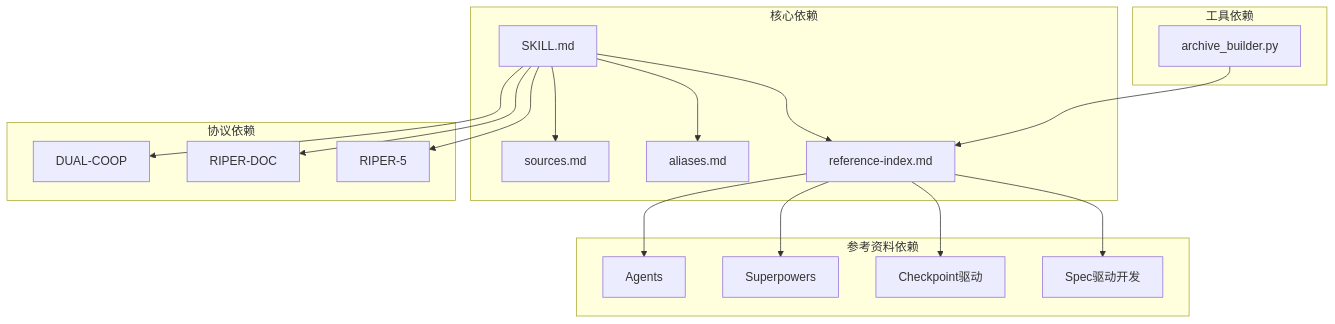
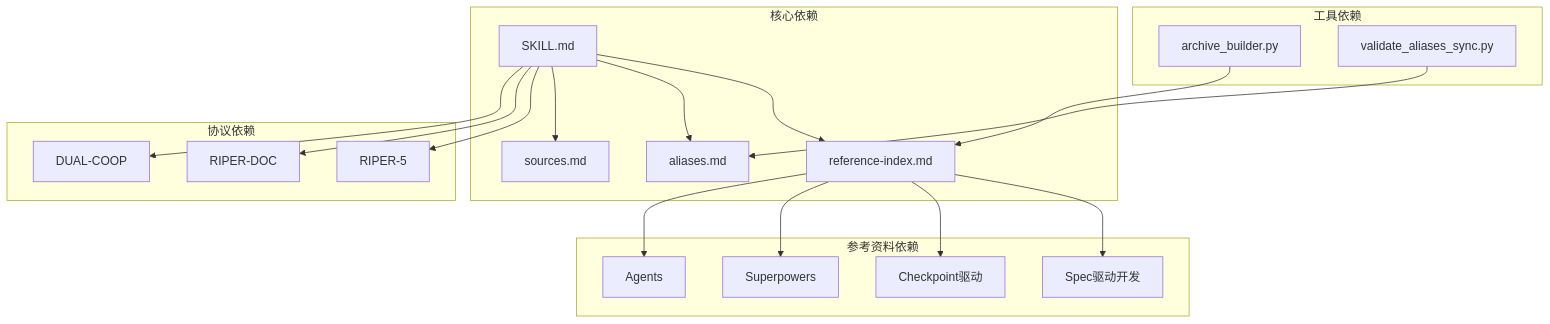
Before and after one commit to AngelWings1997/altas: the sixth of 6 diagrams in .qoder/repowiki/zh/content/Altas Workflow Core/入口来源整合.md, drawn with Mermaid. The commit also changed other lines of this file and 7 other files, not shown here.

````diff
--- a/.qoder/repowiki/zh/content/Altas Workflow Core/入口来源整合.md
+++ b/.qoder/repowiki/zh/content/Altas Workflow Core/入口来源整合.md
@@ -288,34 +312,36 @@
 ```mermaid
 graph TB
 subgraph "核心依赖"
 SKILL[SKILL.md]
 REFIDX[reference-index.md]
 ALIASES[aliases.md]
 SOURCES[sources.md]
 end
 subgraph "协议依赖"
 RIPER5[RIPER-5]
 RIPERDOC[RIPER-DOC]
 DUALCOOP[DUAL-COOP]
 end
 subgraph "参考资料依赖"
 SPECDRIVEN[Spec驱动开发]
 CHECKPOINTDRIVEN[Checkpoint驱动]
 SUPERPOWERS[Superpowers]
 AGENTS[Agents]
 end
 subgraph "工具依赖"
 ARCHIVE[archive_builder.py]
+VALIDATE[validate_aliases_sync.py]
 end
 SKILL --> REFIDX
 SKILL --> ALIASES
 SKILL --> SOURCES
 SKILL --> RIPER5
 SKILL --> RIPERDOC
 SKILL --> DUALCOOP
 REFIDX --> SPECDRIVEN
 REFIDX --> CHECKPOINTDRIVEN
 REFIDX --> SUPERPOWERS
 REFIDX --> AGENTS
 ARCHIVE --> REFIDX
+VALIDATE --> ALIASES
 ```
````
